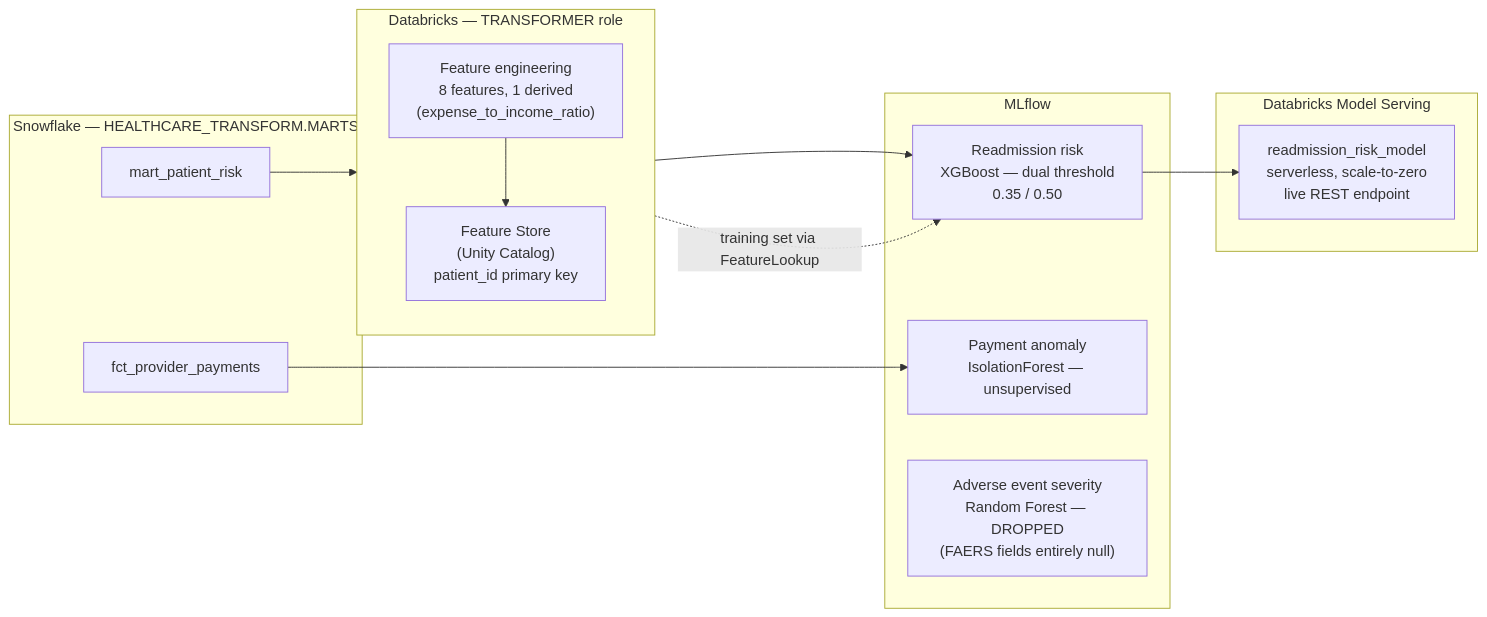
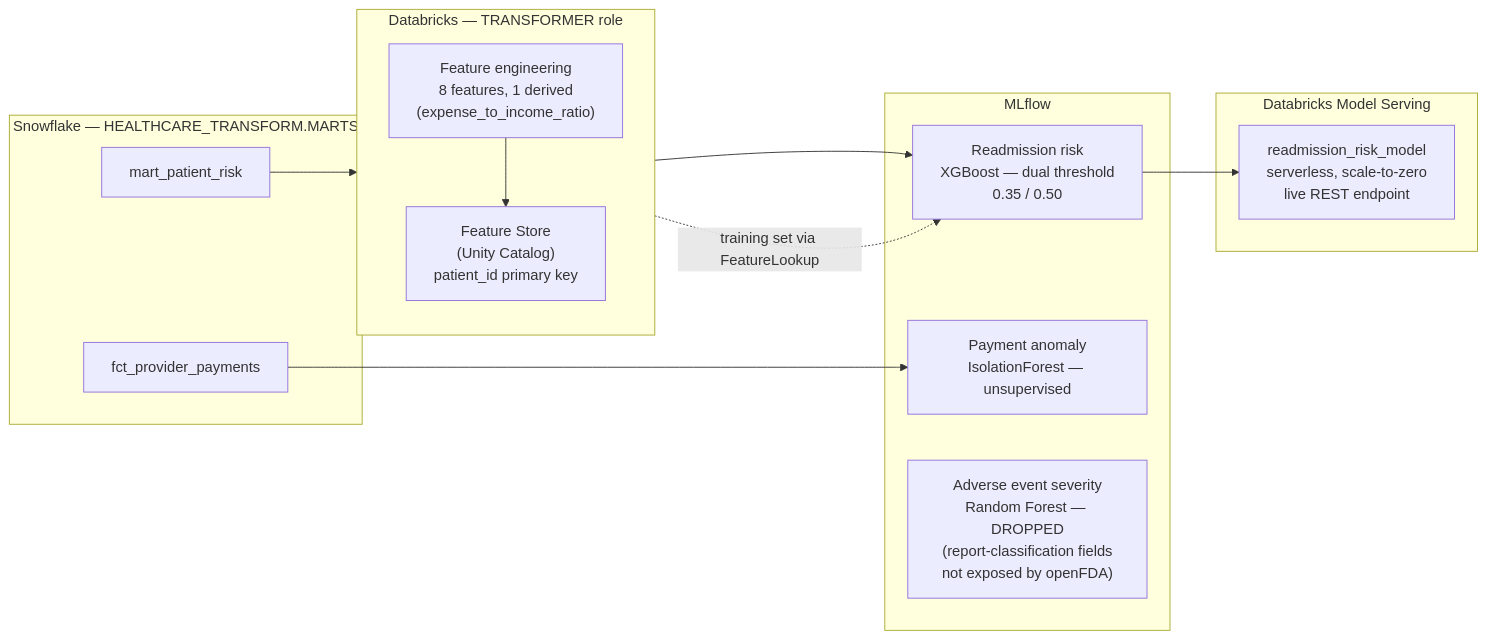
One commit to marcbacchus/healthcare-data-engineering-pipeline changed the fifth of 6 diagrams in docs/architecture.md. Above: the diagram before and after it, drawn with Mermaid. The commit also changed 4 other files, not shown here.

````diff
--- a/docs/architecture.md
+++ b/docs/architecture.md
@@ -208,28 +208,28 @@
 ```mermaid
 flowchart LR
     subgraph sf["Snowflake — HEALTHCARE_TRANSFORM.MARTS"]
         m1["mart_patient_risk"]
         m3["fct_provider_payments"]
     end
 
     subgraph db["Databricks — TRANSFORMER role"]
         direction TB
         fe["Feature engineering\n8 features, 1 derived\n(expense_to_income_ratio)"]
         fs["Feature Store\n(Unity Catalog)\npatient_id primary key"]
     end
 
     subgraph mlflow["MLflow"]
         exp1["Readmission risk\nXGBoost — dual threshold\n0.35 / 0.50"]
         exp3["Payment anomaly\nIsolationForest — unsupervised"]
-        dropped["Adverse event severity\nRandom Forest — DROPPED\n(FAERS fields entirely null)"]
+        dropped["Adverse event severity\nRandom Forest — DROPPED\n(report-classification fields\nnot exposed by openFDA)"]
     end
 
     subgraph serve["Databricks Model Serving"]
         endpoint["readmission_risk_model\nserverless, scale-to-zero\nlive REST endpoint"]
     end
 
     m1 --> fe --> fs --> exp1
     m3 --> exp3
     fs -. "training set via FeatureLookup" .-> exp1
     exp1 --> endpoint
 ```
````
